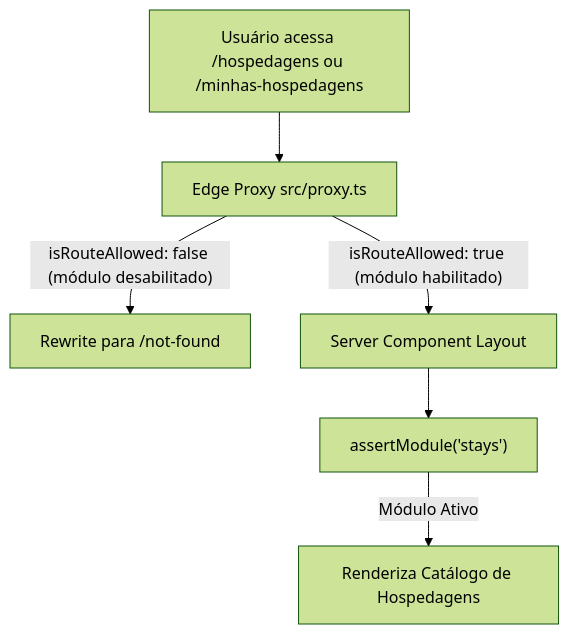
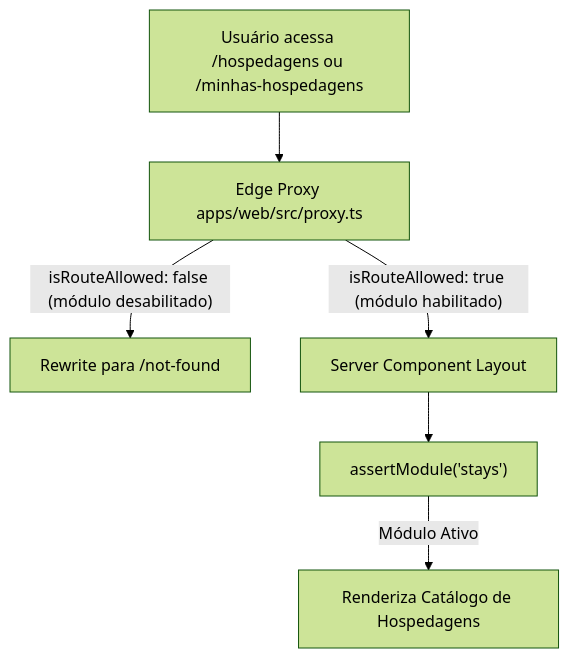
The first of 2 diagrams in docs/pages/portal/HOSPEDAGENS.md (gui-bus/clubkey), drawn with Mermaid (forest theme) before and after one commit. The commit also changed other lines of this file and 9 other files, not shown here.

````diff
--- a/docs/pages/portal/HOSPEDAGENS.md
+++ b/docs/pages/portal/HOSPEDAGENS.md
@@ -11,8 +11,8 @@
 ```mermaid
 flowchart TD
-    Req["Usuário acessa /hospedagens ou /minhas-hospedagens"] --> Proxy["Edge Proxy src/proxy.ts"]
+    Req["Usuário acessa /hospedagens ou /minhas-hospedagens"] --> Proxy["Edge Proxy apps/web/src/proxy.ts"]
     Proxy -- "isRouteAllowed: false (módulo desabilitado)" --> 404["Rewrite para /not-found"]
     Proxy -- "isRouteAllowed: true (módulo habilitado)" --> Layout["Server Component Layout"]
     Layout --> Guard["assertModule('stays')"]
     Guard -- "Módulo Ativo" --> Page["Renderiza Catálogo de Hospedagens"]
 ```
````
